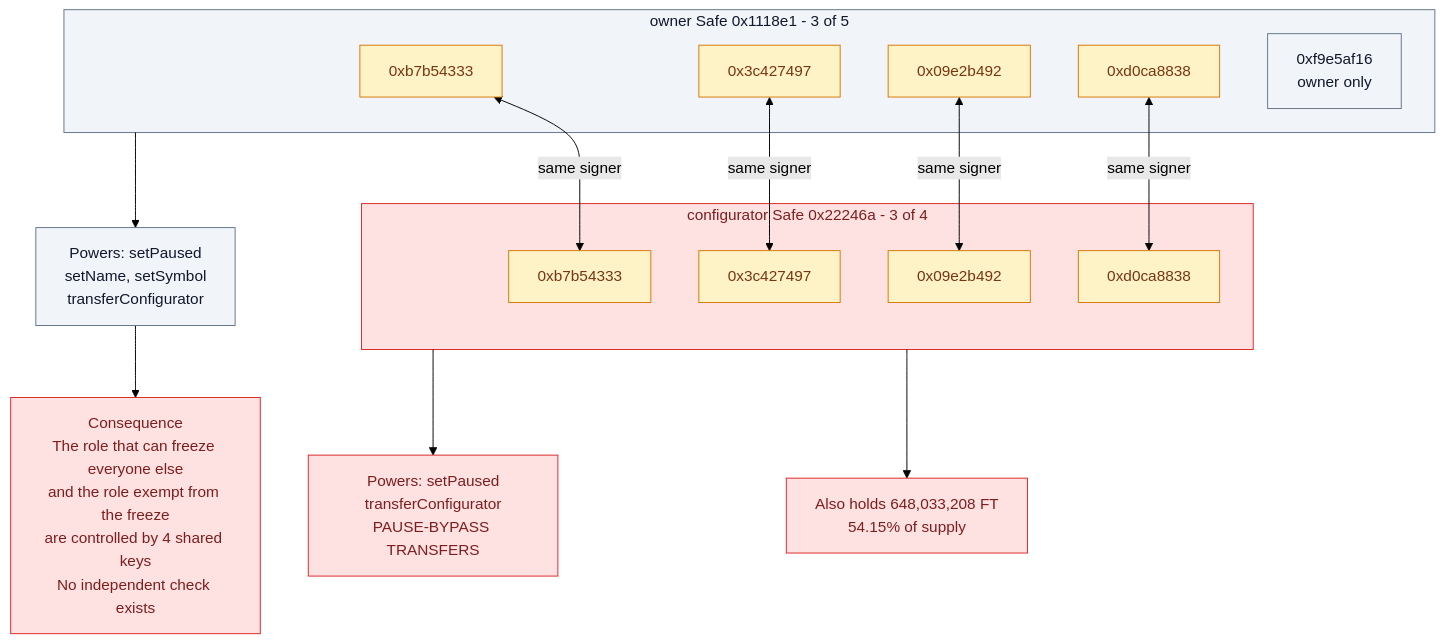
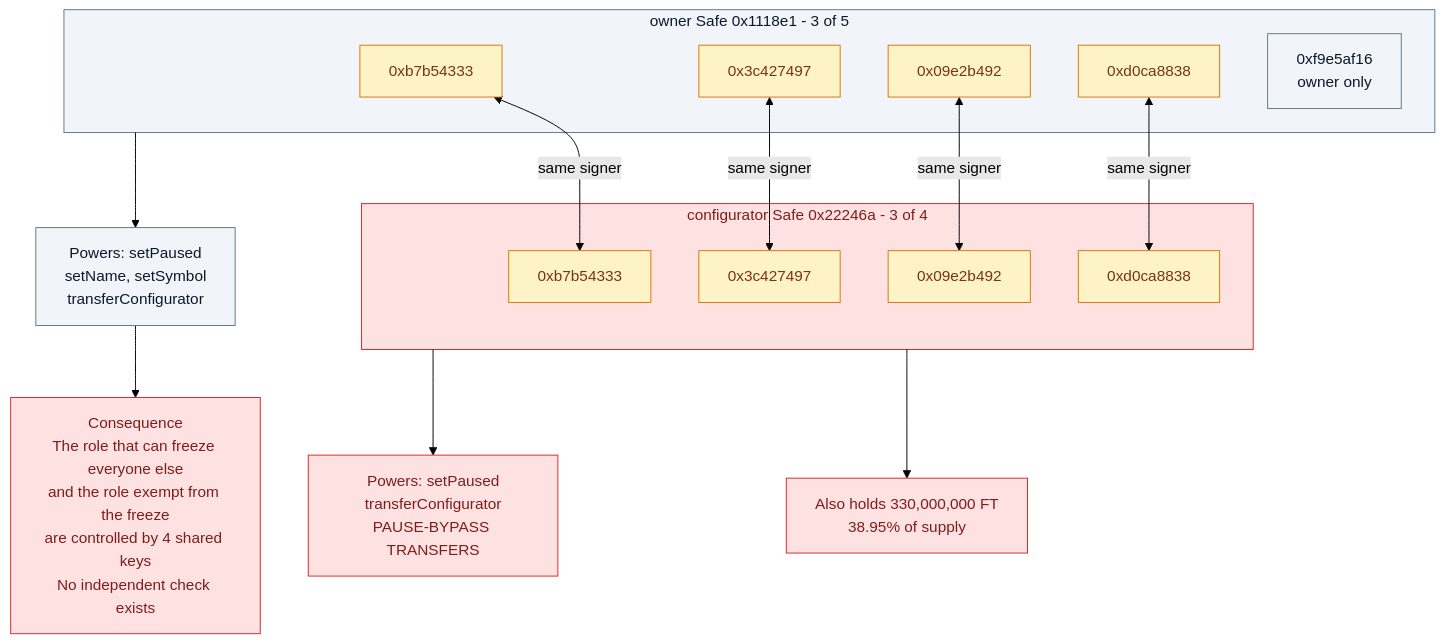
The third of 3 diagrams in research/02-onchain-facts.md (m0n3r0/flying-tulip-audit), drawn with Mermaid (forest theme) before and after one commit. The commit also changed other lines of this file and 5 other files, not shown here.

````diff
--- a/research/02-onchain-facts.md
+++ b/research/02-onchain-facts.md
@@ -157,39 +173,39 @@
 ```mermaid
 flowchart TB
     subgraph OWN["owner Safe 0x1118e1 - 3 of 5"]
         O1["0xb7b54333"]
         O2["0x3c427497"]
         O3["0x09e2b492"]
         O4["0xd0ca8838"]
         O5["0xf9e5af16<br/>owner only"]
     end
 
     subgraph CFG["configurator Safe 0x22246a - 3 of 4"]
         C1["0xb7b54333"]
         C2["0x3c427497"]
         C3["0x09e2b492"]
         C4["0xd0ca8838"]
     end
 
     O1 <-->|"same signer"| C1
     O2 <-->|"same signer"| C2
     O3 <-->|"same signer"| C3
     O4 <-->|"same signer"| C4
 
     OWN --> POW_O["Powers: setPaused<br/>setName, setSymbol<br/>transferConfigurator"]
     CFG --> POW_C["Powers: setPaused<br/>transferConfigurator<br/>PAUSE-BYPASS TRANSFERS"]
 
-    CFG --> HOLD["Also holds 648,033,208 FT<br/>54.15% of supply"]
+    CFG --> HOLD["Also holds 330,000,000 FT<br/>38.95% of supply"]
 
     POW_O --> FX["Consequence<br/>The role that can freeze everyone else<br/>and the role exempt from the freeze<br/>are controlled by 4 shared keys<br/>No independent check exists"]
 
     classDef warn fill:#fef3c7,stroke:#d97706,color:#78350f
     classDef bad fill:#fee2e2,stroke:#dc2626,color:#7f1d1d
     classDef neutral fill:#f1f5f9,stroke:#64748b,color:#0f172a
     class O5 neutral
     class C1,C2,C3,C4,O1,O2,O3,O4 warn
     class POW_C,HOLD,FX bad
     class POW_O neutral
     style OWN fill:#f1f5f9,stroke:#64748b,color:#0f172a
     style CFG fill:#fee2e2,stroke:#dc2626,color:#7f1d1d
 ```
````
